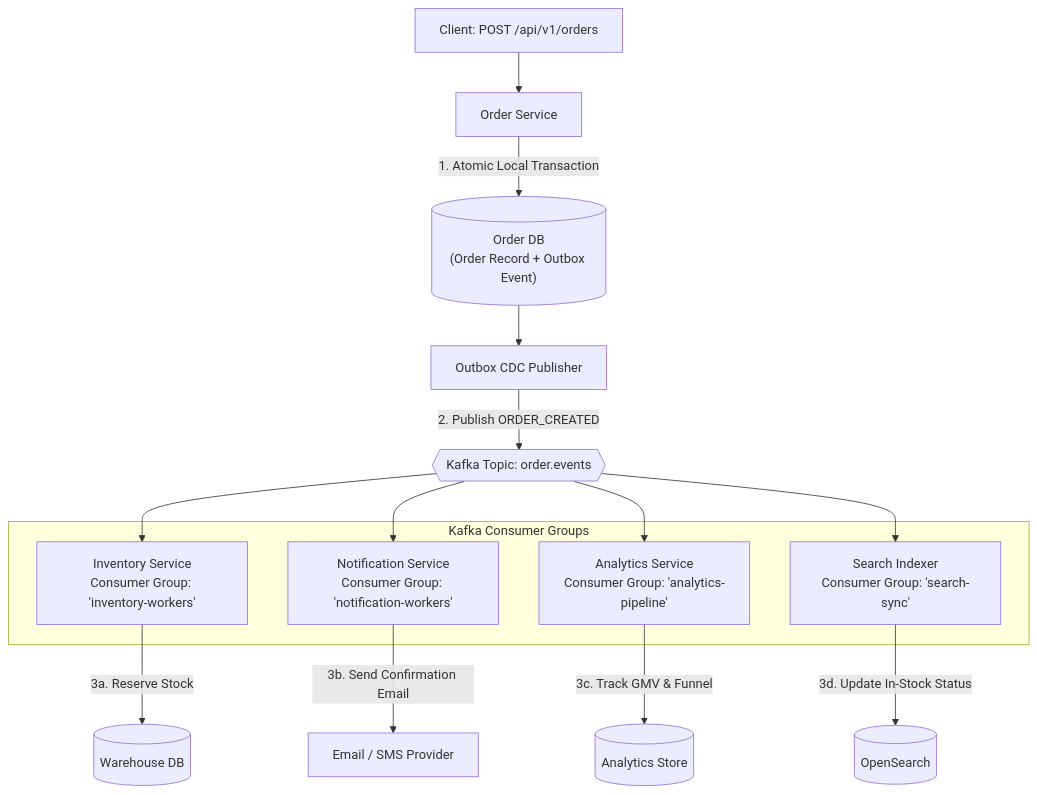
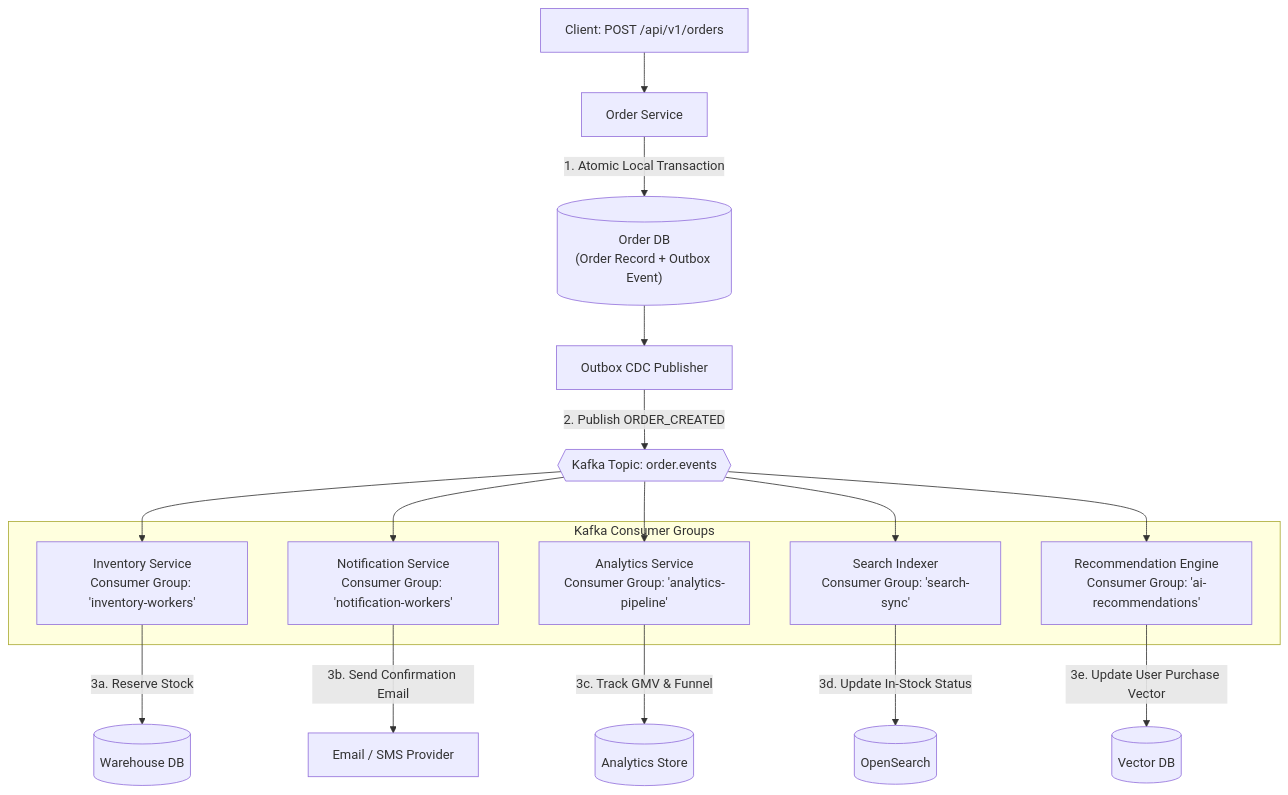
Before and after one commit to Next-Gen-Coder-2007/E-Commerce: the third of 16 diagrams in README.md, drawn with Mermaid. The commit also changed other lines of this file, not shown here.

````diff
--- a/README.md
+++ b/README.md
@@ -185,24 +192,27 @@
 ```mermaid
 flowchart TD
     ClientReq["Client: POST /api/v1/orders"] --> OrderSvc["Order Service"]
     OrderSvc -- "1. Atomic Local Transaction" --> OrderDB[("Order DB\n(Order Record + Outbox Event)")]
     OrderDB --> OutboxPublisher["Outbox CDC Publisher"]
     OutboxPublisher -- "2. Publish ORDER_CREATED" --> KafkaTopic{{"Kafka Topic: order.events"}}
 
     subgraph Consumers["Kafka Consumer Groups"]
         InvConsumer["Inventory Service\nConsumer Group: 'inventory-workers'"]
         NotifConsumer["Notification Service\nConsumer Group: 'notification-workers'"]
         AnalyticsConsumer["Analytics Service\nConsumer Group: 'analytics-pipeline'"]
         SearchConsumer["Search Indexer\nConsumer Group: 'search-sync'"]
+        AIConsumer["Recommendation Engine\nConsumer Group: 'ai-recommendations'"]
     end
 
     KafkaTopic --> InvConsumer
     KafkaTopic --> NotifConsumer
     KafkaTopic --> AnalyticsConsumer
     KafkaTopic --> SearchConsumer
+    KafkaTopic --> AIConsumer
 
     InvConsumer -- "3a. Reserve Stock" --> WarehouseDB[("Warehouse DB")]
     NotifConsumer -- "3b. Send Confirmation Email" --> SendGrid["Email / SMS Provider"]
     AnalyticsConsumer -- "3c. Track GMV & Funnel" --> AnalyticsStore[("Analytics Store")]
     SearchConsumer -- "3d. Update In-Stock Status" --> OpenSearchCluster[("OpenSearch")]
+    AIConsumer -- "3e. Update User Purchase Vector" --> VectorStore[("Vector DB")]
 ```
````
